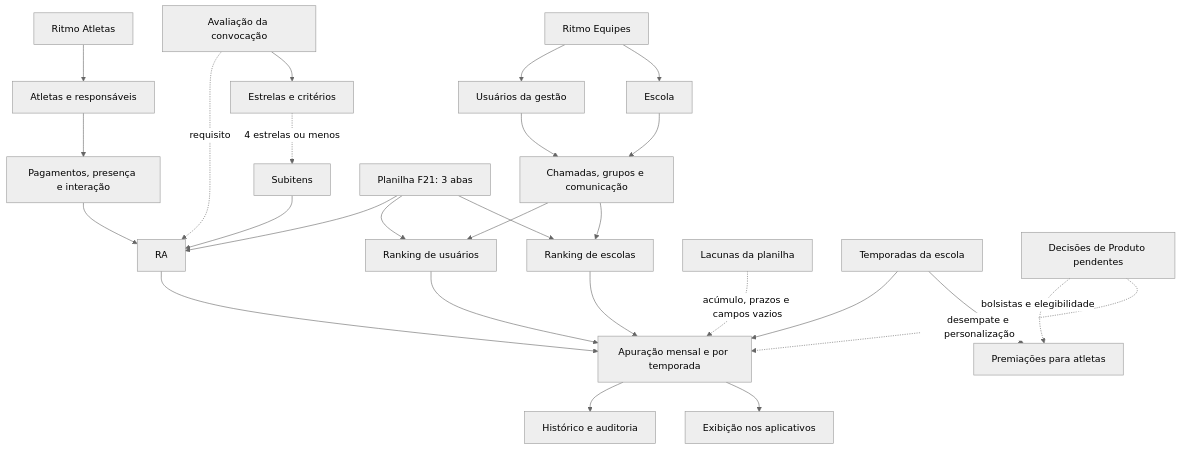
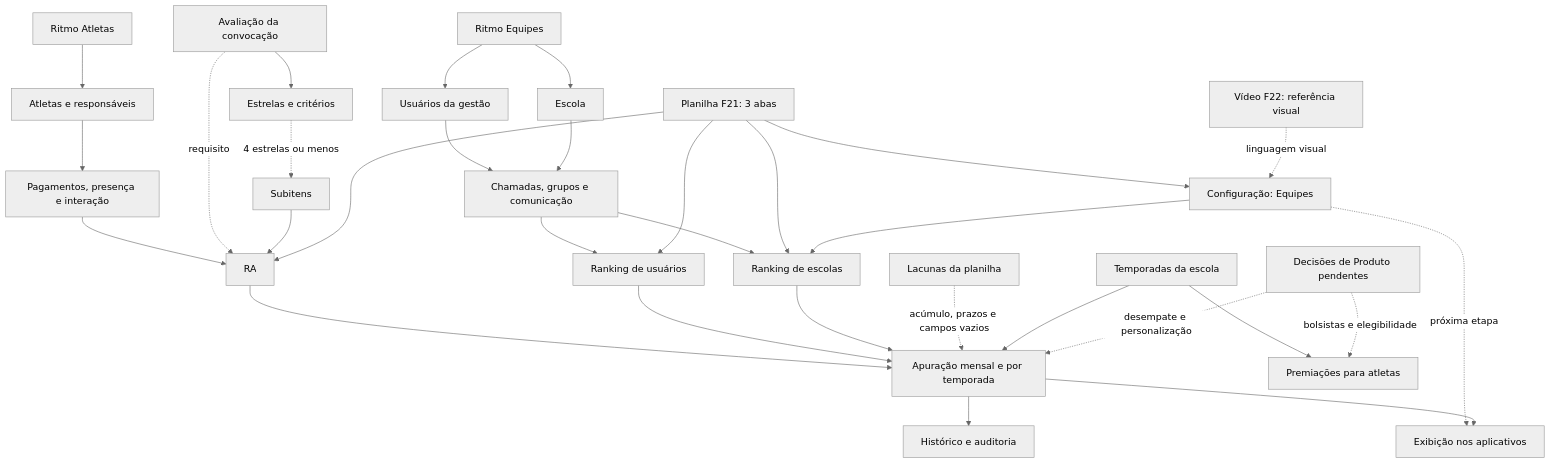
Before and after one commit to giovannafrancisconi-del/ritmo-base-conhecimento: the diagram in 00-Mapa/Grafo-de-conhecimento.md, drawn with Mermaid (neutral theme). The commit also changed other lines of this file and 12 other files, not shown here.

Commit message:
docs: adiciona configuração do ranking de equipes

````diff
--- a/00-Mapa/Grafo-de-conhecimento.md
+++ b/00-Mapa/Grafo-de-conhecimento.md
@@ -13,29 +13,33 @@
 ```mermaid
 graph TD
   A["Ritmo Atletas"] --> AT["Atletas e responsáveis"]
   E["Ritmo Equipes"] --> U["Usuários da gestão"]
   E --> ESC["Escola"]
   AT --> OP["Pagamentos, presença e interação"]
   U --> GE["Chamadas, grupos e comunicação"]
   ESC --> GE
   OP --> RA
   AV["Avaliação da convocação"] -. "requisito" .-> RA
   AV --> CR["Estrelas e critérios"]
   CR -. "4 estrelas ou menos" .-> SI["Subitens"]
   SI --> RA
   GE --> RU["Ranking de usuários"]
   GE --> RE["Ranking de escolas"]
   RA --> AP["Apuração mensal e por temporada"]
   RU --> AP
   RE --> AP
   PL["Planilha F21: 3 abas"] --> RA
   PL --> RU
   PL --> RE
+  VC["Configuração: Equipes"] --> RE
+  PL --> VC
+  VR["Vídeo F22: referência visual"] -. "linguagem visual" .-> VC
+  VC -. "próxima etapa" .-> EX
   LP["Lacunas da planilha"] -. "acúmulo, prazos e campos vazios" .-> AP
   AP --> H["Histórico e auditoria"]
   AP --> EX["Exibição nos aplicativos"]
   T["Temporadas da escola"] --> AP
   T --> PR["Premiações para atletas"]
   P["Decisões de Produto pendentes"] -. "bolsistas e elegibilidade" .-> PR
   P -. "desempate e personalização" .-> AP
 ```
````
